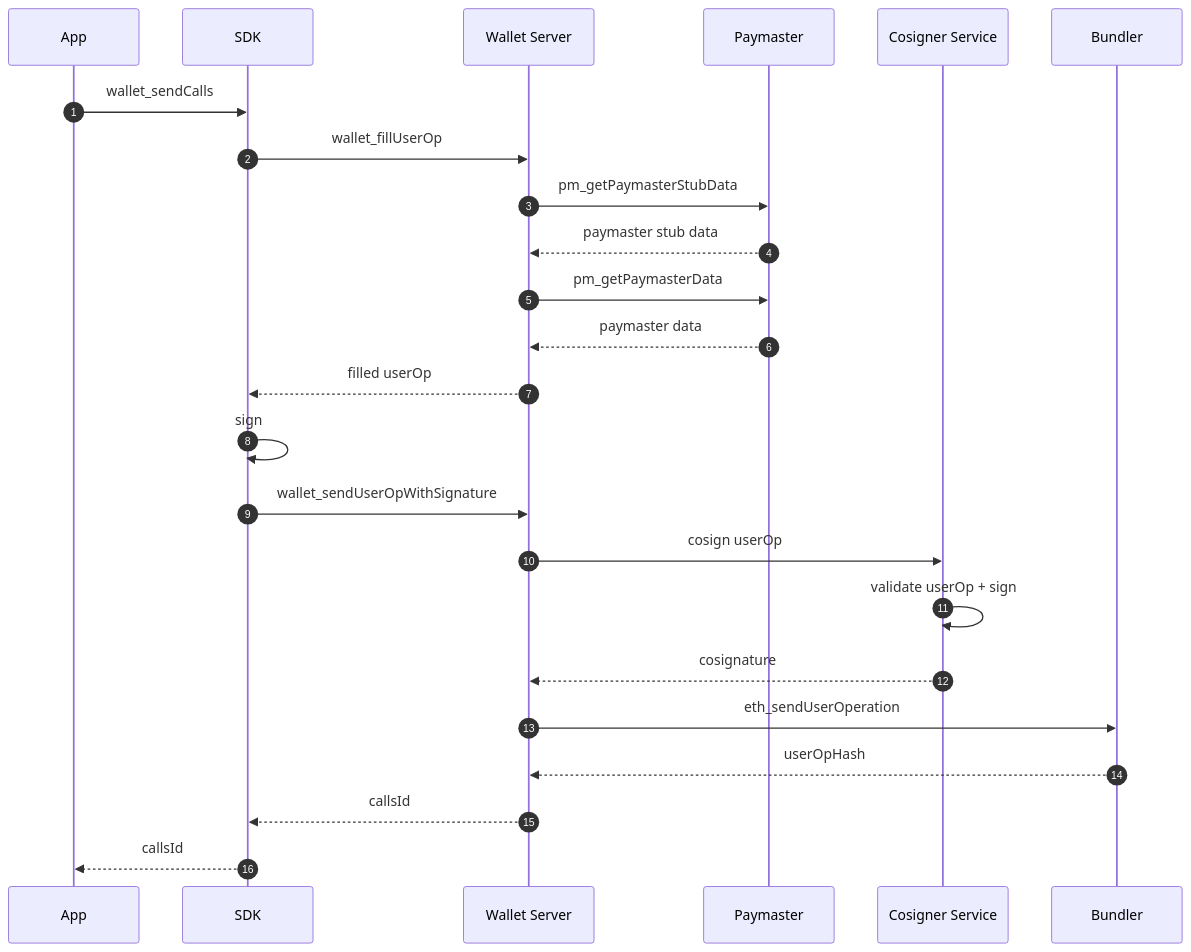
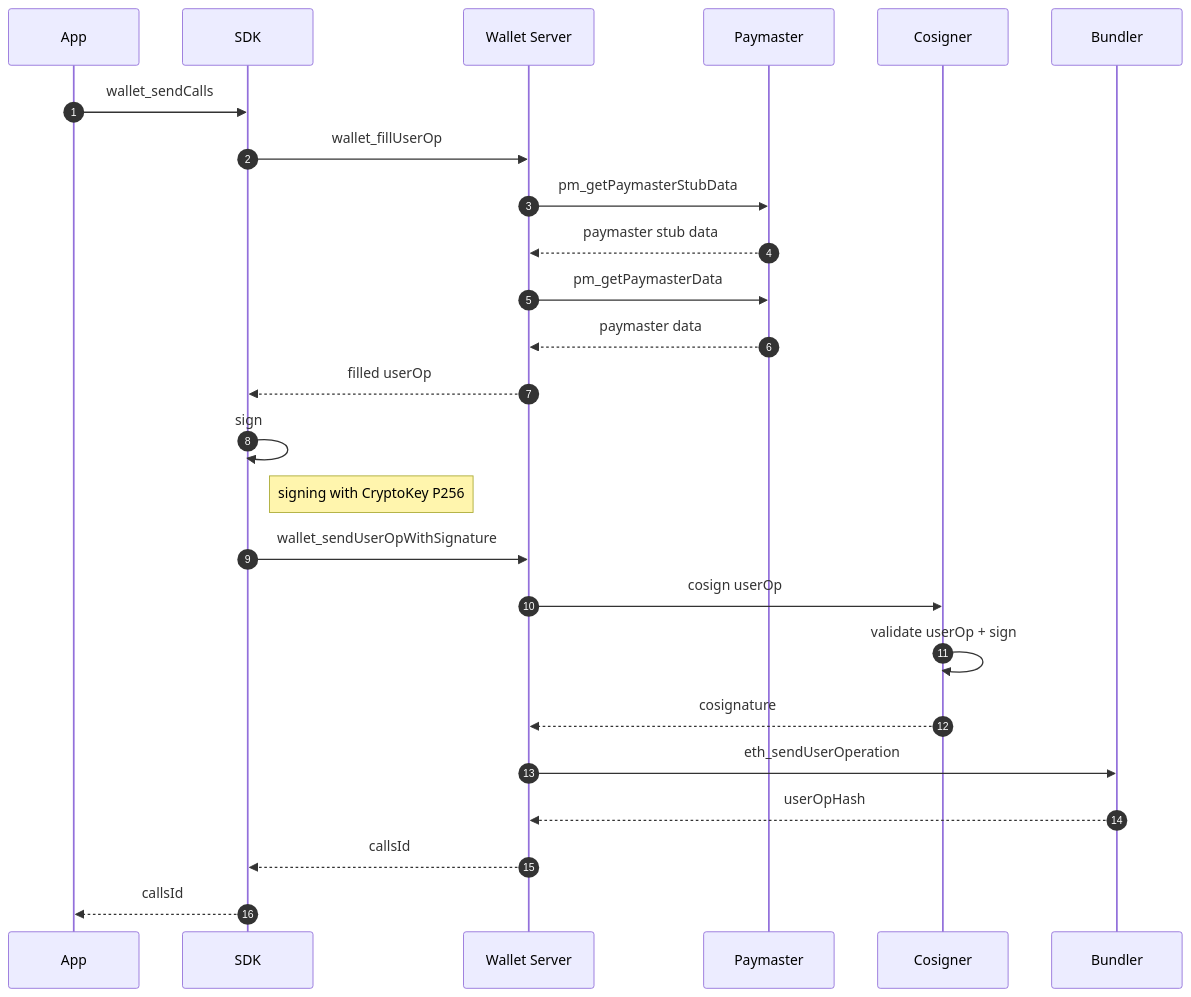
Before and after one commit to coinbase/smart-wallet-permissions: the diagram in docs/diagrams/sendCalls_capabilitiesPermissionsContext.md, drawn with Mermaid. The commit also changed 1 other file, not shown here.

Commit message:
Add onchainVallidation diagram

````diff
--- a/docs/diagrams/sendCalls_capabilitiesPermissionsContext.md
+++ b/docs/diagrams/sendCalls_capabilitiesPermissionsContext.md
@@ -3,27 +3,28 @@
 ```mermaid
 sequenceDiagram
     autonumber
     participant A as App
     participant SDK as SDK
     participant WS as Wallet Server
     participant P as Paymaster
-    participant CS as Cosigner Service
+    participant CS as Cosigner
     participant B as Bundler
 
     A->>SDK: wallet_sendCalls
     SDK->>WS: wallet_fillUserOp
     WS->>P: pm_getPaymasterStubData
     P-->>WS: paymaster stub data
     WS->>P: pm_getPaymasterData
     P-->>WS: paymaster data
     WS-->>SDK: filled userOp
     SDK->>SDK: sign
+    Note right of SDK: signing with CryptoKey P256
     SDK->>WS: wallet_sendUserOpWithSignature
     WS->>CS: cosign userOp
     CS->>CS: validate userOp + sign
     CS-->>WS: cosignature
     WS->>B: eth_sendUserOperation
     B-->>WS: userOpHash
     WS-->>SDK: callsId
     SDK-->>A: callsId
 ```
````
